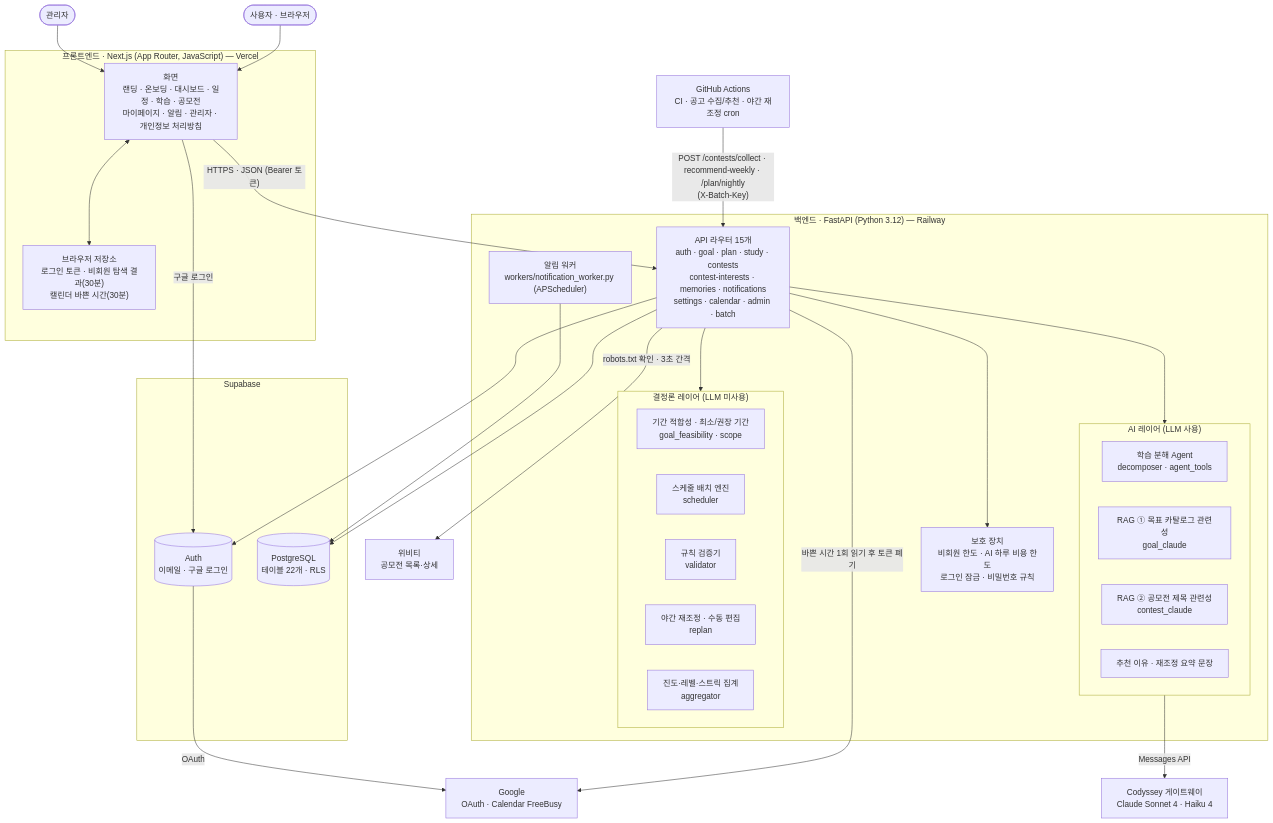
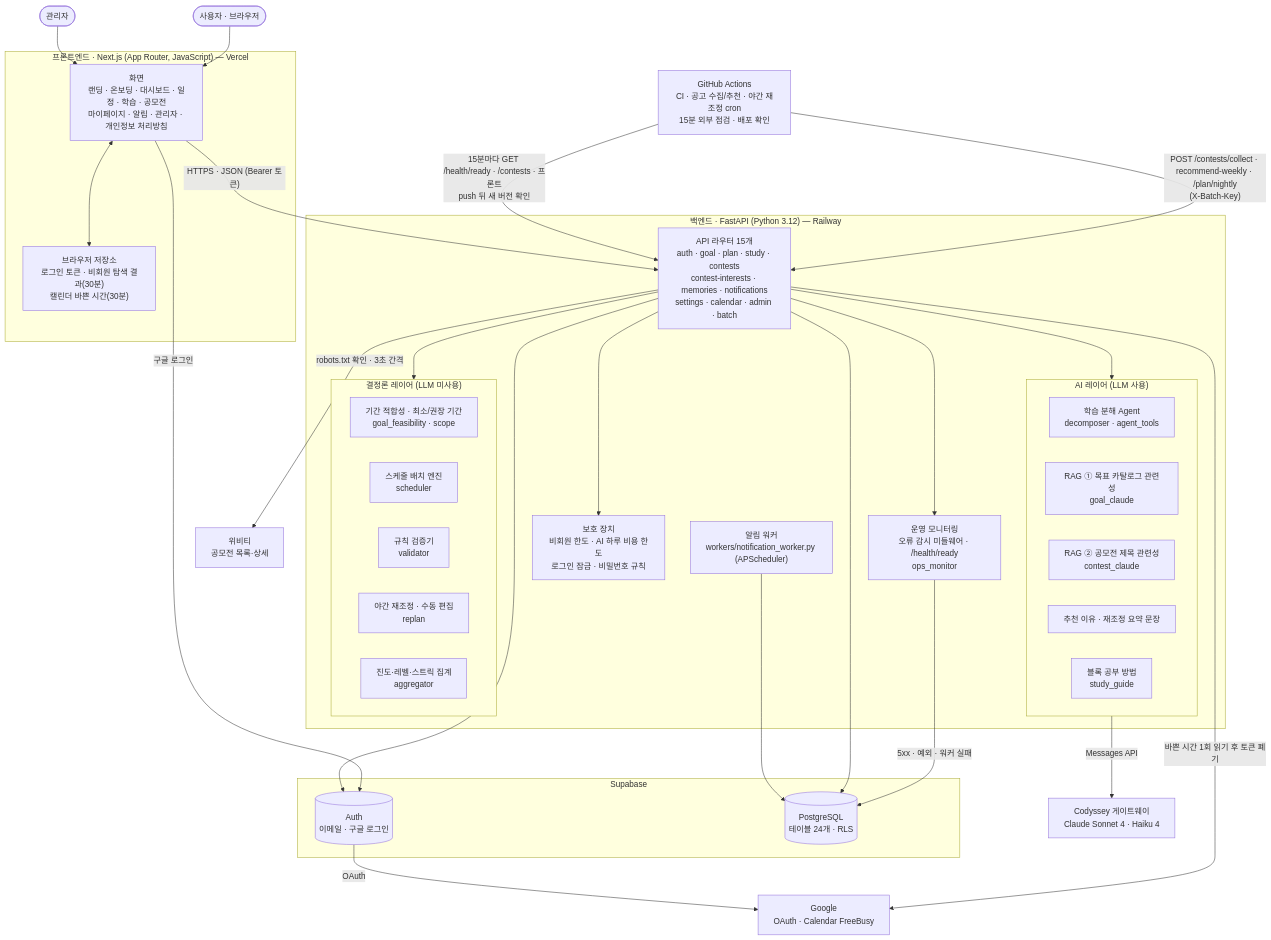
Before and after one commit to dinf7605/Codyssey_FinalProject: the first of 9 diagrams in docs/architecture.md, drawn with Mermaid. The commit also changed other lines of this file and 4 other files, not shown here.

````diff
--- a/docs/architecture.md
+++ b/docs/architecture.md
@@ -8,56 +8,61 @@
 ```mermaid
 flowchart TB
     user(["사용자 · 브라우저"])
     admin(["관리자"])
 
     subgraph FE["프론트엔드 · Next.js (App Router, JavaScript) — Vercel"]
         pages["화면<br/>랜딩 · 온보딩 · 대시보드 · 일정 · 학습 · 공모전<br/>마이페이지 · 알림 · 관리자 · 개인정보 처리방침"]
         session["브라우저 저장소<br/>로그인 토큰 · 비회원 탐색 결과(30분)<br/>캘린더 바쁜 시간(30분)"]
     end
 
     subgraph BE["백엔드 · FastAPI (Python 3.12) — Railway"]
         api["API 라우터 15개<br/>auth · goal · plan · study · contests<br/>contest-interests · memories · notifications<br/>settings · calendar · admin · batch"]
         subgraph AIL["AI 레이어 (LLM 사용)"]
             agent["학습 분해 Agent<br/>decomposer · agent_tools"]
             rag1["RAG ① 목표 카탈로그 관련성<br/>goal_claude"]
             rag2["RAG ② 공모전 제목 관련성<br/>contest_claude"]
             words["추천 이유 · 재조정 요약 문장"]
+            guide["블록 공부 방법<br/>study_guide"]
         end
         subgraph DL["결정론 레이어 (LLM 미사용)"]
             feas["기간 적합성 · 최소/권장 기간<br/>goal_feasibility · scope"]
             sched["스케줄 배치 엔진<br/>scheduler"]
             valid["규칙 검증기<br/>validator"]
             replan["야간 재조정 · 수동 편집<br/>replan"]
             pace["진도·레벨·스트릭 집계<br/>aggregator"]
         end
         guard["보호 장치<br/>비회원 한도 · AI 하루 비용 한도<br/>로그인 잠금 · 비밀번호 규칙"]
+        ops["운영 모니터링<br/>오류 감시 미들웨어 · /health/ready<br/>ops_monitor"]
         worker["알림 워커<br/>workers/notification_worker.py (APScheduler)"]
     end
 
     subgraph SB["Supabase"]
         auth[("Auth<br/>이메일 · 구글 로그인")]
-        pg[("PostgreSQL<br/>테이블 22개 · RLS")]
+        pg[("PostgreSQL<br/>테이블 24개 · RLS")]
     end
 
     llm["Codyssey 게이트웨이<br/>Claude Sonnet 4 · Haiku 4"]
     google["Google<br/>OAuth · Calendar FreeBusy"]
     wevity["위비티<br/>공모전 목록·상세"]
-    gha["GitHub Actions<br/>CI · 공고 수집/추천 · 야간 재조정 cron"]
+    gha["GitHub Actions<br/>CI · 공고 수집/추천 · 야간 재조정 cron<br/>15분 외부 점검 · 배포 확인"]
 
     user --> pages
     admin --> pages
     pages <--> session
     pages -- "HTTPS · JSON (Bearer 토큰)" --> api
     pages -- "구글 로그인" --> auth
     api --> AIL
     api --> DL
     api --> guard
+    api --> ops
+    ops -- "5xx · 예외 · 워커 실패" --> pg
     AIL -- "Messages API" --> llm
     api --> pg
     api --> auth
     worker --> pg
     api -- "바쁜 시간 1회 읽기 후 토큰 폐기" --> google
     auth -- "OAuth" --> google
     gha -- "POST /contests/collect · recommend-weekly · /plan/nightly<br/>(X-Batch-Key)" --> api
+    gha -- "15분마다 GET /health/ready · /contests · 프론트<br/>push 뒤 새 버전 확인" --> api
     api -- "robots.txt 확인 · 3초 간격" --> wevity
 ```
````
